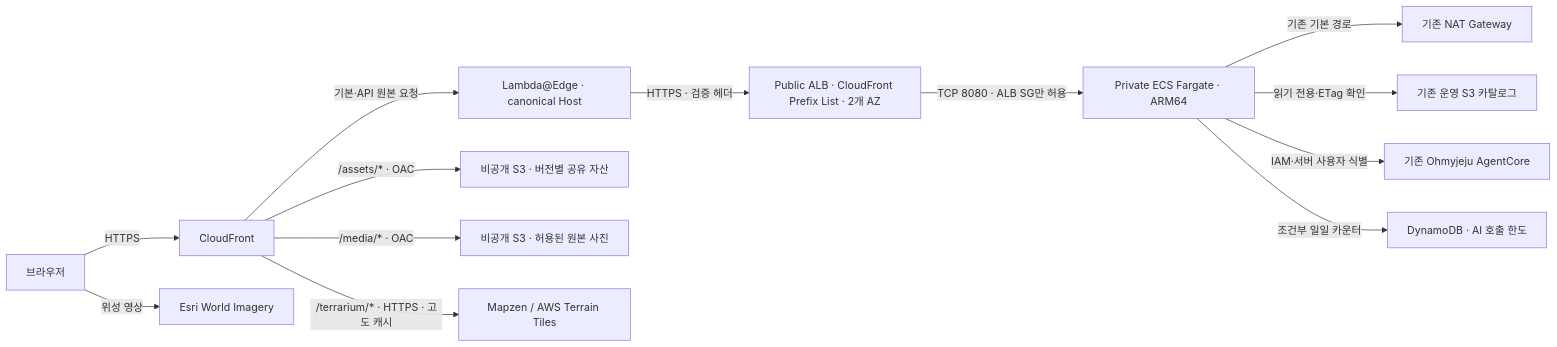
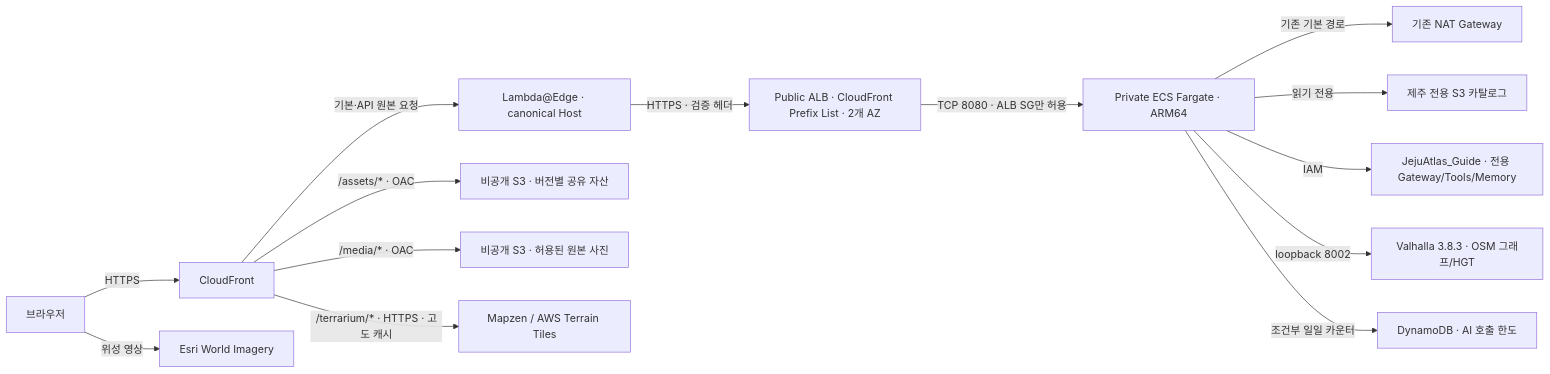
One commit to whchoi98/jeju-atlas changed the diagram in README.md. Above: the diagram before and after it, drawn with Mermaid. The commit also changed other lines of this file and 131 other files, not shown here.

Commit message:
Add real routes, 3D exploration and independent Atlas AgentCore

````diff
--- a/README.md
+++ b/README.md
@@ -64,15 +85,16 @@
 ```mermaid
 flowchart LR
     Browser["브라우저"] -->|HTTPS| CF["CloudFront"]
     CF -->|"기본·API 원본 요청"| Host["Lambda@Edge · canonical Host"]
     Host -->|"HTTPS · 검증 헤더"| ALB["Public ALB · CloudFront Prefix List · 2개 AZ"]
     ALB -->|TCP 8080 · ALB SG만 허용| ECS["Private ECS Fargate · ARM64"]
     CF -->|"/assets/* · OAC"| Assets["비공개 S3 · 버전별 공유 자산"]
     CF -->|"/media/* · OAC"| Media["비공개 S3 · 허용된 원본 사진"]
     ECS -->|기존 기본 경로| NAT["기존 NAT Gateway"]
-    ECS -->|읽기 전용·ETag 확인| Catalog["기존 운영 S3 카탈로그"]
-    ECS -->|IAM·서버 사용자 식별| Agent["기존 Ohmyjeju AgentCore"]
+    ECS -->|읽기 전용| Catalog["제주 전용 S3 카탈로그"]
+    ECS -->|IAM| Agent["JejuAtlas_Guide · 전용 Gateway/Tools/Memory"]
+    ECS -->|loopback 8002| Router["Valhalla 3.8.3 · OSM 그래프/HGT"]
     ECS -->|조건부 일일 카운터| Quota["DynamoDB · AI 호출 한도"]
     CF -->|"/terrarium/* · HTTPS · 고도 캐시"| DEM["Mapzen / AWS Terrain Tiles"]
     Browser -->|위성 영상| Esri["Esri World Imagery"]
 ```
````
